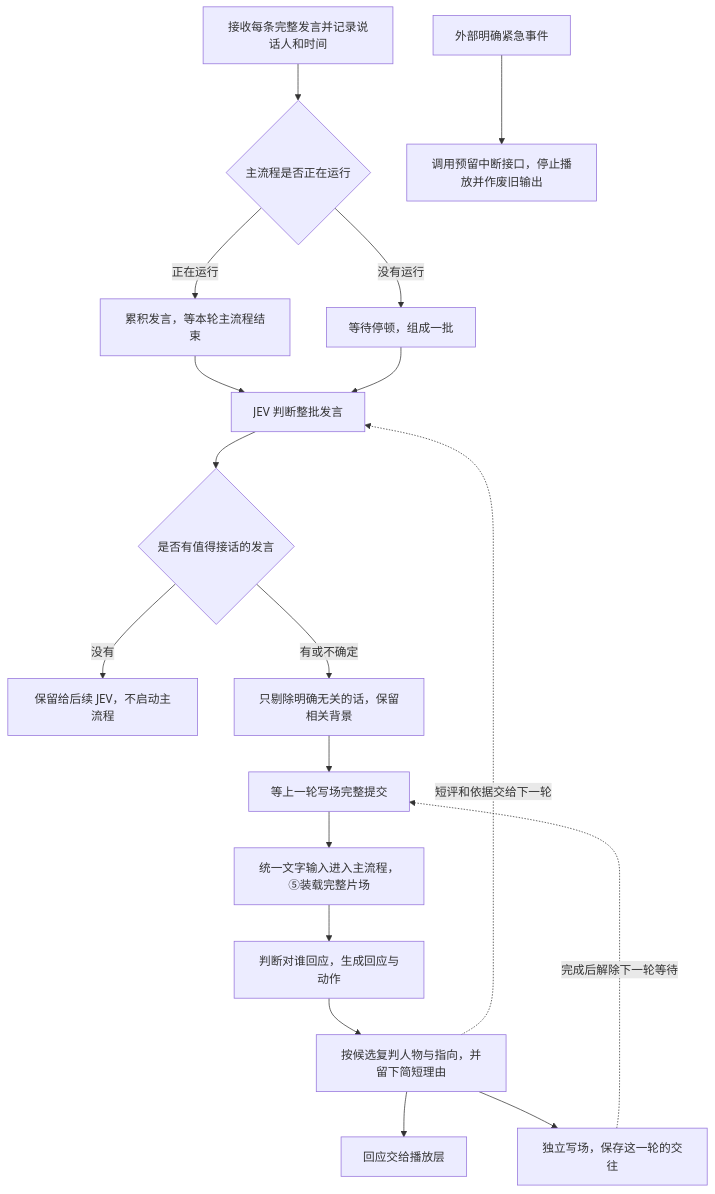
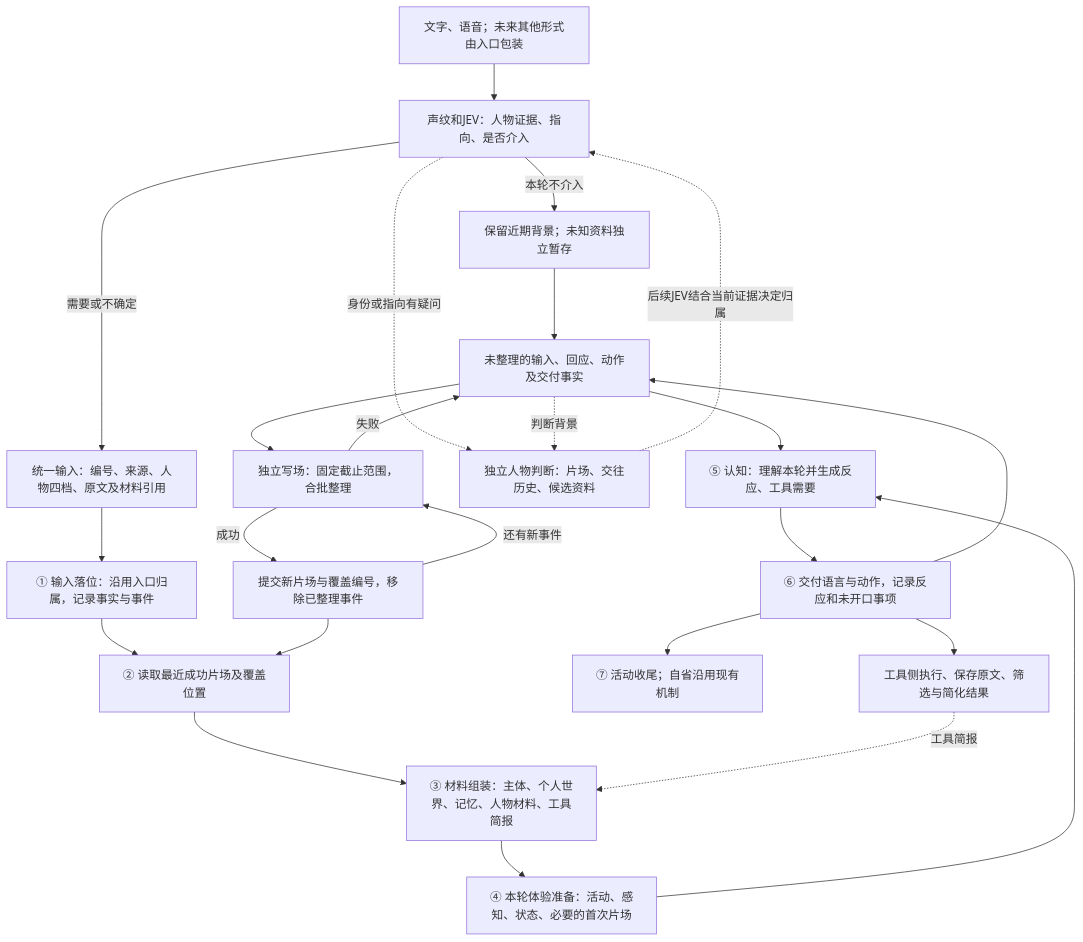
Before and after one commit to Llllsuhdjhhd/JShi: the diagram in doc/输入-JEV-主流程.md, drawn with Mermaid. The commit also changed other lines of this file and 54 other files, not shown here.

````diff
--- a/doc/输入-JEV-主流程.md
+++ b/doc/输入-JEV-主流程.md
@@ -7,20 +9,26 @@
 ```mermaid
 flowchart TD
-  A[接收每条完整发言并记录说话人和时间] --> B{主流程是否正在运行}
-  B -->|正在运行| C[累积发言，等本轮主流程结束]
-  B -->|没有运行| D[等待停顿，组成一批]
-  C --> E[JEV 判断整批发言]
-  D --> E
-  E --> F{是否有值得接话的发言}
-  F -->|没有| G[保留给后续 JEV，不启动主流程]
-  F -->|有或不确定| H[只剔除明确无关的话，保留相关背景]
-  H --> I[等上一轮写场完整提交]
-  I --> J[统一文字输入进入主流程，⑤装载完整片场]
-  J --> K[判断对谁回应，生成回应与动作]
-  K --> Q[按候选复判人物与指向，并留下简短理由]
-  Q --> L[回应交给播放层]
-  Q -. 短评和依据交给下一轮 .-> E
-  Q --> M[独立写场，保存这一轮的交往]
-  M -. 完成后解除下一轮等待 .-> I
-  N[外部明确紧急事件] --> O[调用预留中断接口，停止播放并作废旧输出]
+  A[文字、语音；未来其他形式由入口包装] --> B[声纹和JEV：人物证据、指向、是否介入]
+  B -->|本轮不介入| BG[保留近期背景；未知资料独立暂存]
+  B -->|需要或不确定| IN[统一输入：编号、来源、人物四档、原文及材料引用]
+  BG --> P
+  IN --> W1[① 输入落位：沿用入口归属，记录事实与事件]
+  W1 --> W2[② 读取最近成功片场及覆盖位置]
+  W2 --> W3[③ 材料组装：主体、个人世界、记忆、人物材料、工具简报]
+  W3 --> W4[④ 本轮体验准备：活动、感知、状态、必要的首次片场]
+  W4 --> W5[⑤ 认知：理解本轮并生成反应、工具需要]
+  P[未整理的输入、回应、动作及交付事实] --> W5
+  B -. 身份或指向有疑问 .-> R[独立人物判断：片场、交往历史、候选资料]
+  P -. 判断背景 .-> R
+  R -. 后续JEV结合当前证据决定归属 .-> B
+  W5 --> W6[⑥ 交付语言与动作，记录反应和未开口事项]
+  W6 --> W7[⑦ 活动收尾；自省沿用现有机制]
+  W6 --> P
+  W6 --> T[工具侧执行、保存原文、筛选与简化结果]
+  T -. 工具简报 .-> W3
+  P --> WR[独立写场：固定截止范围，合批整理]
+  WR -->|成功| C[提交新片场与覆盖编号，移除已整理事件]
+  C --> W2
+  WR -->|失败| P
+  C -->|还有新事件| WR
 ```
````
